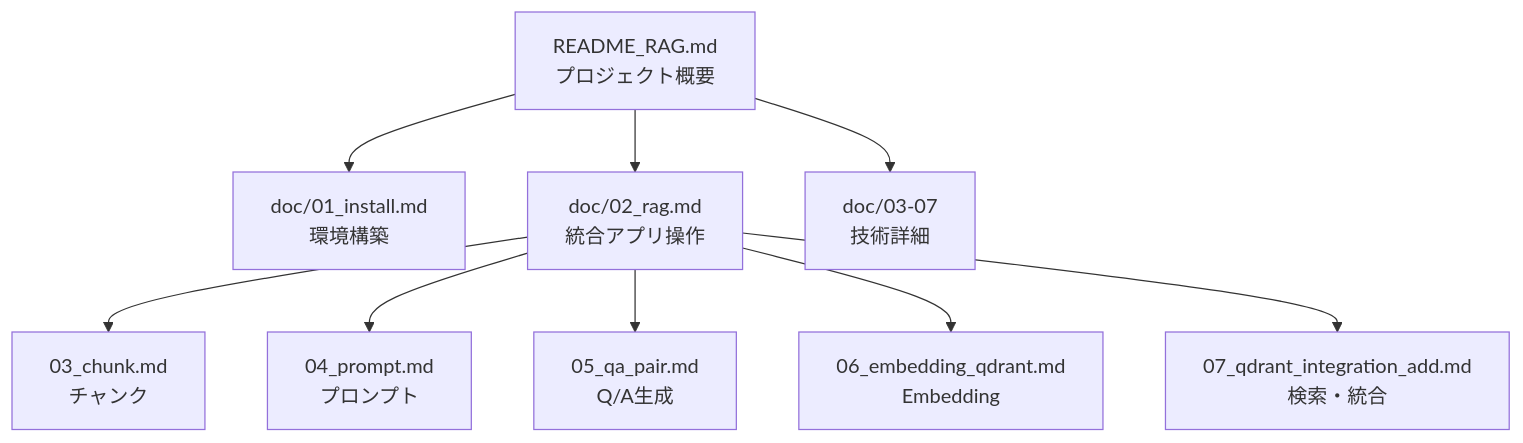
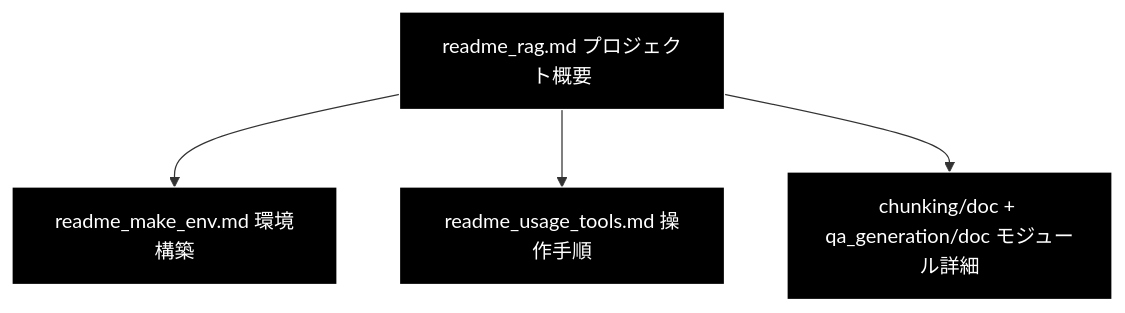
One commit to nakashima2toshio/ollama_grace_agent_v2 changed the fourth of 5 diagrams in readme_rag.md. Above: the diagram before and after it, drawn with Mermaid. The commit also changed other lines of this file and 7 other files, not shown here.

````diff
--- a/readme_rag.md
+++ b/readme_rag.md
@@ -1182,14 +1307,11 @@
 ```mermaid
 flowchart TB
-    README["README_RAG.md<br/>プロジェクト概要"]
+    README["readme_rag.md プロジェクト概要"]
 
-    README --> D1["doc/01_install.md<br/>環境構築"]
-    README --> D2["doc/02_rag.md<br/>統合アプリ操作"]
-    README --> D3["doc/03-07<br/>技術詳細"]
-
-    D2 --> D3_1["03_chunk.md<br/>チャンク"]
-    D2 --> D3_2["04_prompt.md<br/>プロンプト"]
-    D2 --> D3_3["05_qa_pair.md<br/>Q/A生成"]
-    D2 --> D3_4["06_embedding_qdrant.md<br/>Embedding"]
-    D2 --> D3_5["07_qdrant_integration_add.md<br/>検索・統合"]
+    README --> D1["readme_make_env.md 環境構築"]
+    README --> D2["readme_usage_tools.md 操作手順"]
+    README --> D3["chunking/doc + qa_generation/doc モジュール詳細"]
+classDef default fill:#000,stroke:#fff,color:#fff
+classDef subgraphStyle fill:#1a1a1a,stroke:#fff,color:#fff
+class README,D1,D2,D3 default
 ```
````
